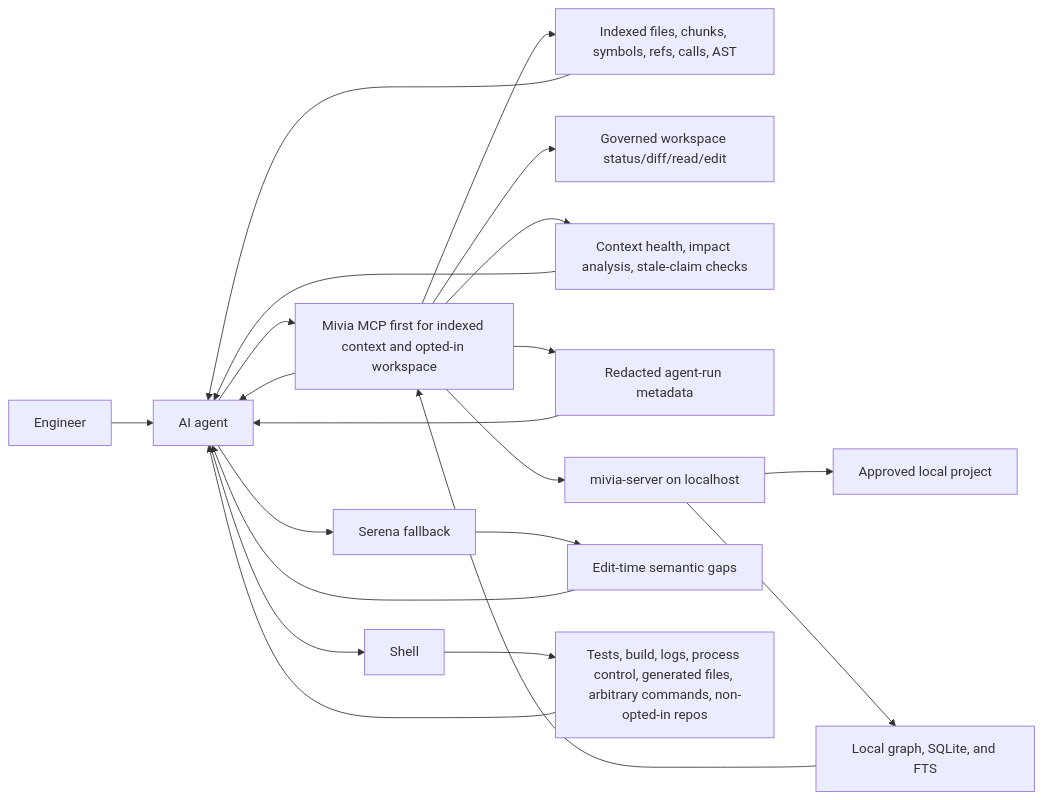
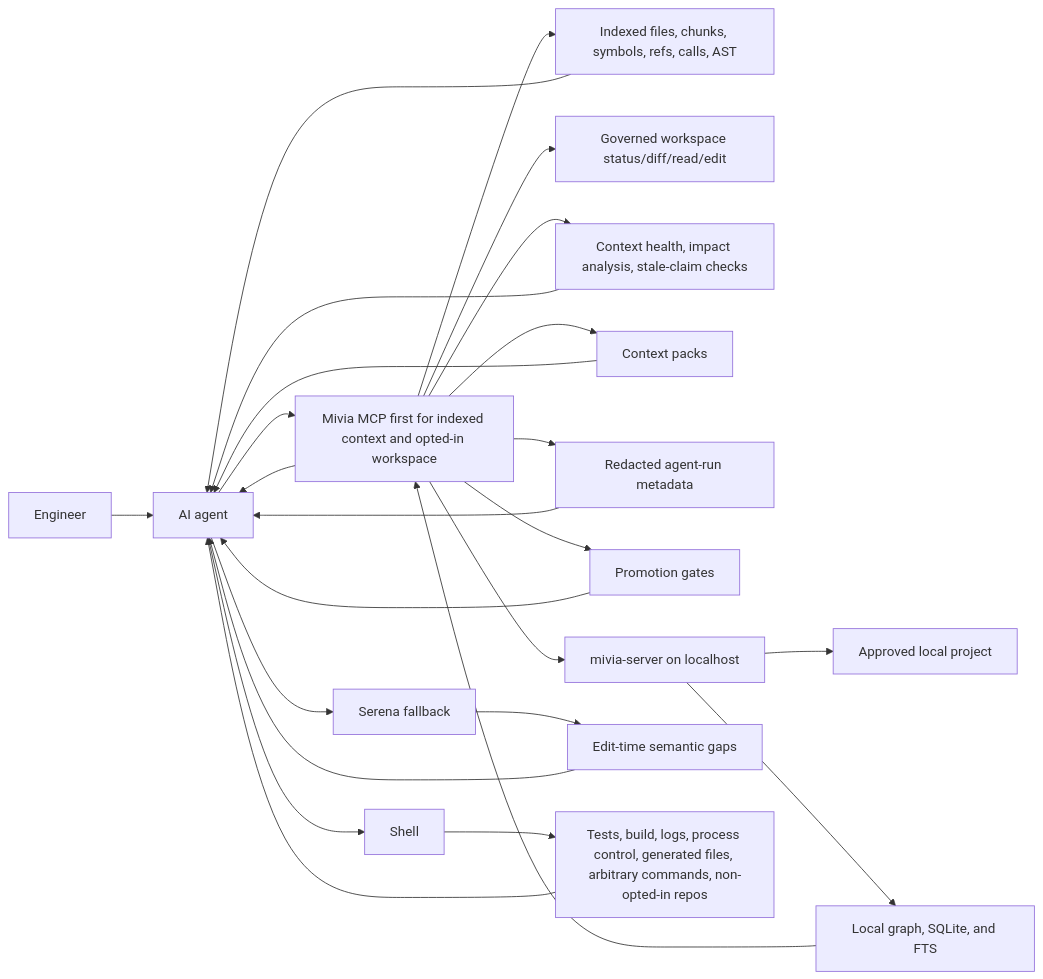
One commit to MiviaLabs/go-mivia changed the diagram in docs/agent-context-guide.md. Above: the diagram before and after it, drawn with Mermaid. The commit also changed other lines of this file and 30 other files, not shown here.

Commit message:
Add context packs and promotion gates

````diff
--- a/docs/agent-context-guide.md
+++ b/docs/agent-context-guide.md
@@ -20,23 +20,27 @@
 ```mermaid
 flowchart LR
   Engineer["Engineer"] --> Agent["AI agent"]
   Agent --> MCP["Mivia MCP first for indexed context and opted-in workspace"]
   Agent --> Serena["Serena fallback"]
   Agent --> Shell["Shell"]
   MCP --> Indexed["Indexed files, chunks, symbols, refs, calls, AST"]
   MCP --> Workspace["Governed workspace status/diff/read/edit"]
   MCP --> Reliability["Context health, impact analysis, stale-claim checks"]
+  MCP --> ContextPack["Context packs"]
   MCP --> AgentRuns["Redacted agent-run metadata"]
+  MCP --> Promotion["Promotion gates"]
   MCP --> Server["mivia-server on localhost"]
   Server --> Project["Approved local project"]
   Server --> Store["Local graph, SQLite, and FTS"]
   Store --> MCP
   Indexed --> Agent
   Reliability --> Agent
+  ContextPack --> Agent
   AgentRuns --> Agent
+  Promotion --> Agent
   Serena --> Code["Edit-time semantic gaps"]
   Shell --> Disk["Tests, build, logs, process control, generated files, arbitrary commands, non-opted-in repos"]
   Code --> Agent
   Disk --> Agent
   MCP --> Agent
 ```
````
